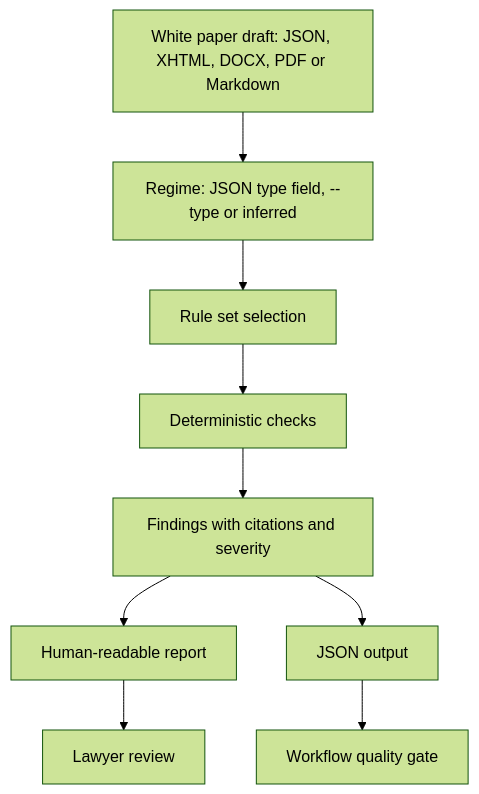
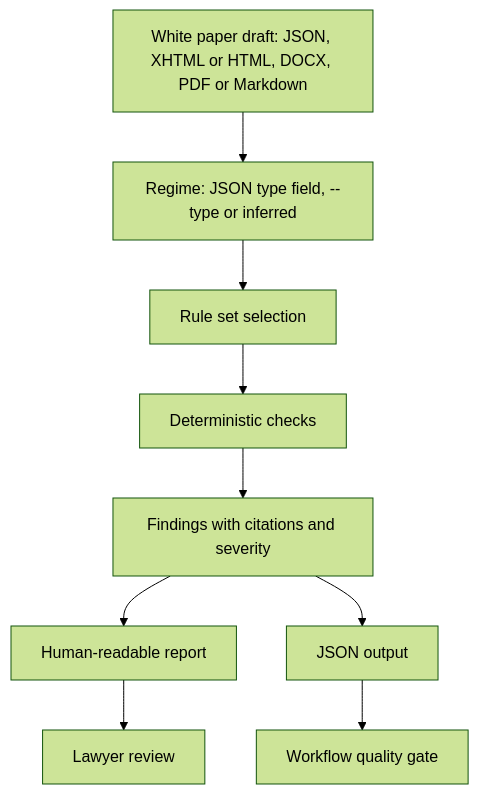
One commit to sebastianfoerste/micar-whitepaper-linter changed the diagram in docs/launch-readiness.md. Above: the diagram before and after it, drawn with Mermaid (forest theme). The commit also changed 10 other files, not shown here.

````diff
--- a/docs/launch-readiness.md
+++ b/docs/launch-readiness.md
@@ -13,11 +13,11 @@
 ```mermaid
 flowchart TD
-  A[White paper draft: JSON, XHTML, DOCX, PDF or Markdown] --> B[Regime: JSON type field, --type or inferred]
+  A[White paper draft: JSON, XHTML or HTML, DOCX, PDF or Markdown] --> B[Regime: JSON type field, --type or inferred]
   B --> C[Rule set selection]
   C --> D[Deterministic checks]
   D --> E[Findings with citations and severity]
   E --> F[Human-readable report]
   E --> G[JSON output]
   F --> H[Lawyer review]
   G --> I[Workflow quality gate]
 ```
````
